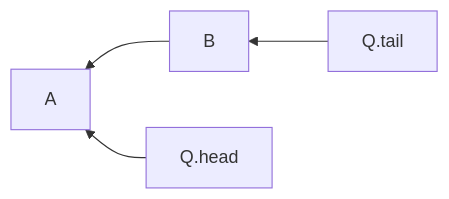
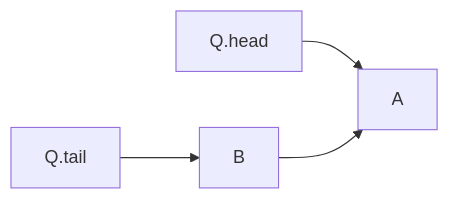
One commit to Eurydia/notes-singularity changed the sixth of 15 diagrams in Computer science/Data structures/Queue.md. Above: the diagram before and after it, drawn with Mermaid. The commit also changed other lines of this file and 4 other files, not shown here.

````diff
--- a/Computer science/Data structures/Queue.md
+++ b/Computer science/Data structures/Queue.md
@@ -56,5 +60,5 @@
 	```mermaid
-	flowchart RL
+	flowchart LR
+		Q.head-->A
 		Q.tail-->B-->A
-		Q.head-->A
 	```
````
